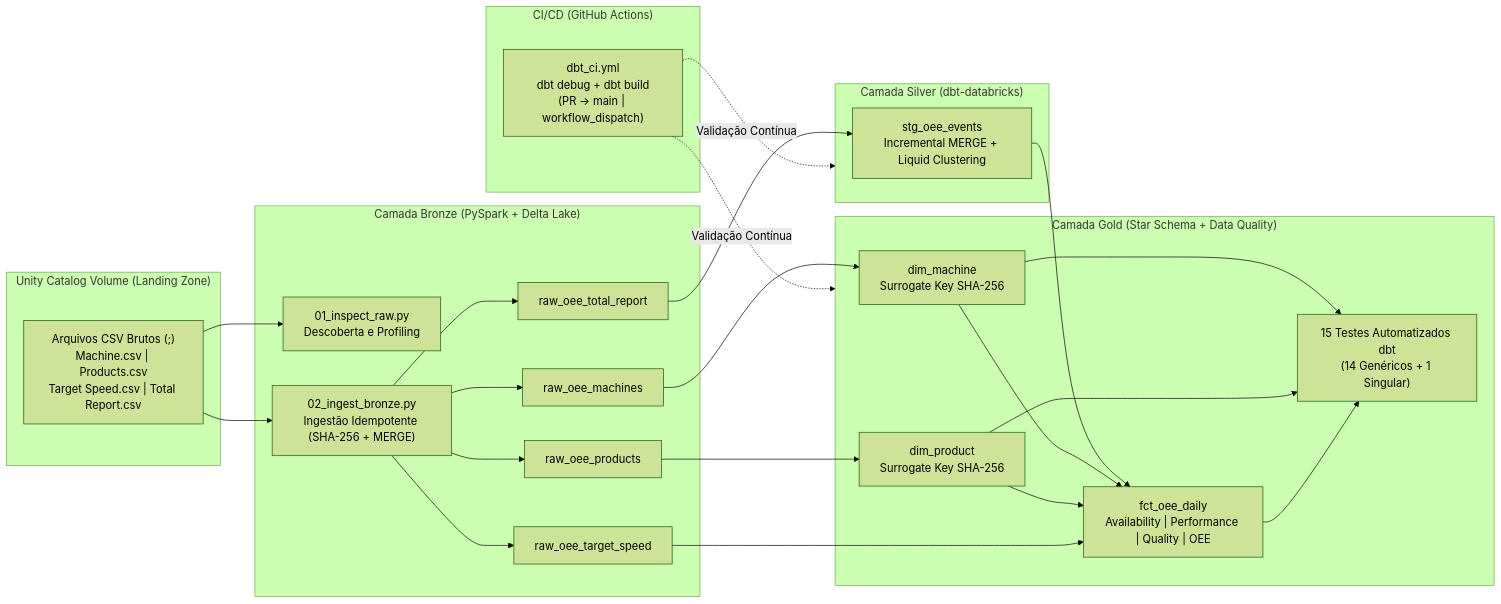
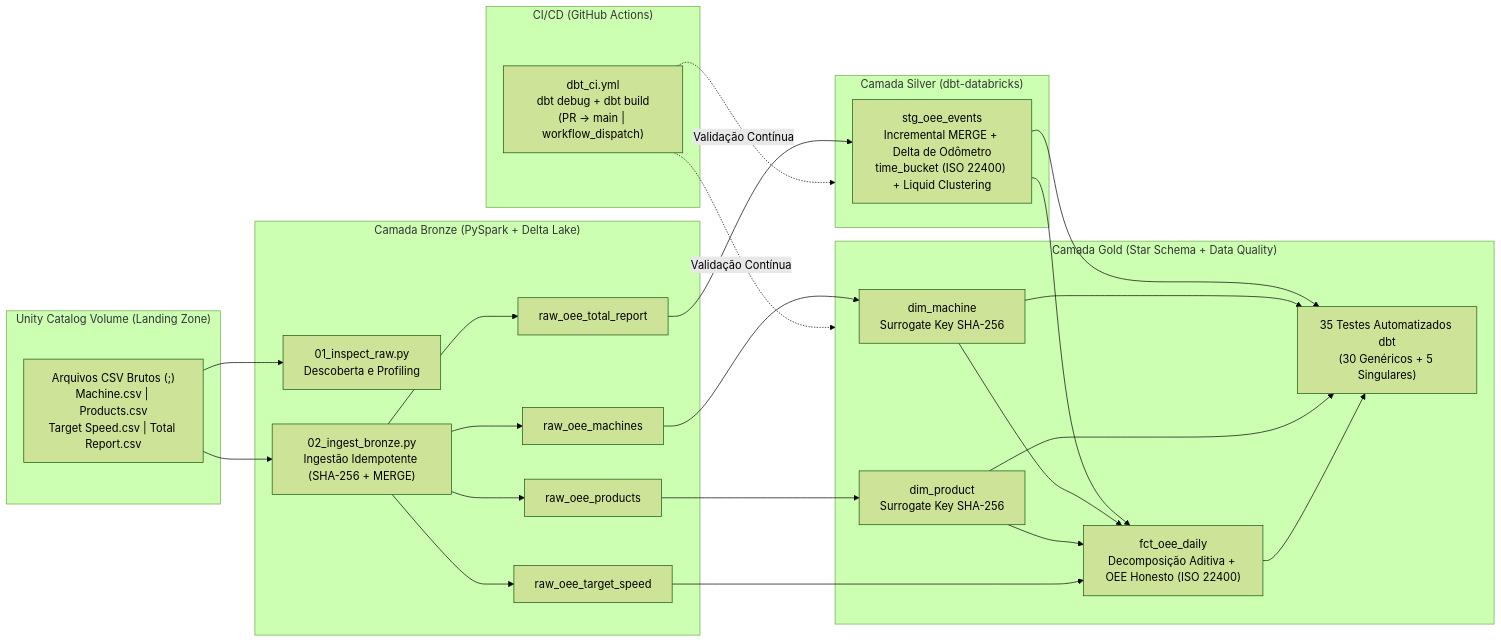
Before and after one commit to Raniere-Pereira/industrial-oee-lakehouse: the diagram in README.md, drawn with Mermaid (forest theme). The commit also changed other lines of this file, not shown here.

````diff
--- a/README.md
+++ b/README.md
@@ -11,44 +11,44 @@
 ```mermaid
 flowchart LR
     subgraph LZ["Unity Catalog Volume (Landing Zone)"]
         CSV["Arquivos CSV Brutos (;)<br/>Machine.csv | Products.csv<br/>Target Speed.csv | Total Report.csv"]
     end
 
     subgraph BR["Camada Bronze (PySpark + Delta Lake)"]
         NB1["01_inspect_raw.py<br/>Descoberta e Profiling"]
         NB2["02_ingest_bronze.py<br/>Ingestão Idempotente (SHA-256 + MERGE)"]
         T_B1["raw_oee_machines"]
         T_B2["raw_oee_products"]
         T_B3["raw_oee_target_speed"]
         T_B4["raw_oee_total_report"]
     end
 
     subgraph SV["Camada Silver (dbt-databricks)"]
-        STG["stg_oee_events<br/>Incremental MERGE + Liquid Clustering"]
+        STG["stg_oee_events<br/>Incremental MERGE + Delta de Odômetro<br/>time_bucket (ISO 22400) + Liquid Clustering"]
     end
 
     subgraph GD["Camada Gold (Star Schema + Data Quality)"]
         DM["dim_machine<br/>Surrogate Key SHA-256"]
         DP["dim_product<br/>Surrogate Key SHA-256"]
-        FCT["fct_oee_daily<br/>Availability | Performance | Quality | OEE"]
-        TST["15 Testes Automatizados dbt<br/>(14 Genéricos + 1 Singular)"]
+        FCT["fct_oee_daily<br/>Decomposição Aditiva + OEE Honesto (ISO 22400)"]
+        TST["35 Testes Automatizados dbt<br/>(30 Genéricos + 5 Singulares)"]
     end
 
     subgraph CI["CI/CD (GitHub Actions)"]
         GHA["dbt_ci.yml<br/>dbt debug + dbt build<br/>(PR -> main | workflow_dispatch)"]
     end
 
     CSV --> NB1
     CSV --> NB2
     NB2 --> T_B1 & T_B2 & T_B3 & T_B4
     T_B4 --> STG
     T_B1 --> DM
     T_B2 --> DP
     STG --> FCT
     DM --> FCT
     DP --> FCT
     T_B3 --> FCT
-    DM & DP & FCT --> TST
+    STG & DM & DP & FCT --> TST
     GHA -.->|"Validação Contínua"| SV
     GHA -.->|"Validação Contínua"| GD
 ```
````
